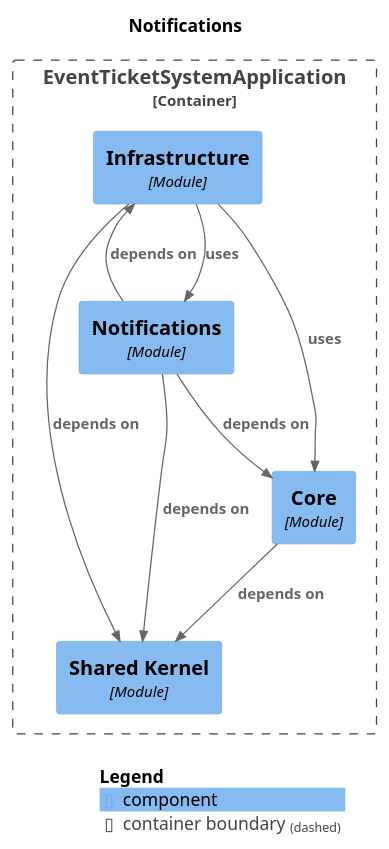
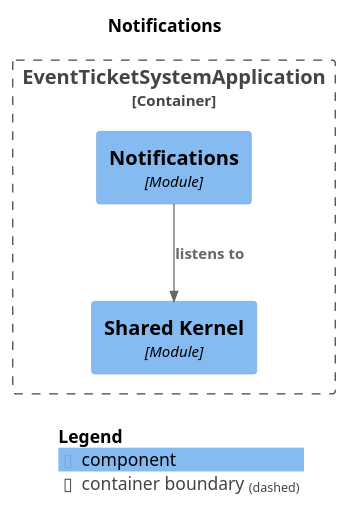
One commit to NaimElijah/Ticketeer changed the diagram in docs/architecture/module-notifications.puml. Above: the diagram before and after it, drawn with PlantUML. The commit also changed 566 other files, not shown here.

```diff
--- a/docs/architecture/module-notifications.puml
+++ b/docs/architecture/module-notifications.puml
@@ -1,27 +1,19 @@
 @startuml
 set separator none
 title Notifications
 
 top to bottom direction
 
 !include <C4/C4>
 !include <C4/C4_Context>
 !include <C4/C4_Component>
 
 Container_Boundary("EventTicketSystemApplication.EventTicketSystemApplication_boundary", "EventTicketSystemApplication", $tags="") {
   Component(EventTicketSystemApplication.EventTicketSystemApplication.SharedKernel, "Shared Kernel", $techn="Module", $descr="", $tags="", $link="")
-  Component(EventTicketSystemApplication.EventTicketSystemApplication.Core, "Core", $techn="Module", $descr="", $tags="", $link="")
-  Component(EventTicketSystemApplication.EventTicketSystemApplication.Infrastructure, "Infrastructure", $techn="Module", $descr="", $tags="", $link="")
   Component(EventTicketSystemApplication.EventTicketSystemApplication.Notifications, "Notifications", $techn="Module", $descr="", $tags="", $link="")
 }
 
-Rel(EventTicketSystemApplication.EventTicketSystemApplication.Core, EventTicketSystemApplication.EventTicketSystemApplication.SharedKernel, "depends on", $techn="", $tags="", $link="")
-Rel(EventTicketSystemApplication.EventTicketSystemApplication.Notifications, EventTicketSystemApplication.EventTicketSystemApplication.Infrastructure, "depends on", $techn="", $tags="", $link="")
-Rel(EventTicketSystemApplication.EventTicketSystemApplication.Notifications, EventTicketSystemApplication.EventTicketSystemApplication.SharedKernel, "depends on", $techn="", $tags="", $link="")
-Rel(EventTicketSystemApplication.EventTicketSystemApplication.Notifications, EventTicketSystemApplication.EventTicketSystemApplication.Core, "depends on", $techn="", $tags="", $link="")
-Rel(EventTicketSystemApplication.EventTicketSystemApplication.Infrastructure, EventTicketSystemApplication.EventTicketSystemApplication.SharedKernel, "depends on", $techn="", $tags="", $link="")
-Rel(EventTicketSystemApplication.EventTicketSystemApplication.Infrastructure, EventTicketSystemApplication.EventTicketSystemApplication.Notifications, "uses", $techn="", $tags="", $link="")
-Rel(EventTicketSystemApplication.EventTicketSystemApplication.Infrastructure, EventTicketSystemApplication.EventTicketSystemApplication.Core, "uses", $techn="", $tags="", $link="")
+Rel(EventTicketSystemApplication.EventTicketSystemApplication.Notifications, EventTicketSystemApplication.EventTicketSystemApplication.SharedKernel, "listens to", $techn="", $tags="", $link="")
 
 SHOW_LEGEND(true)
 @enduml
```
